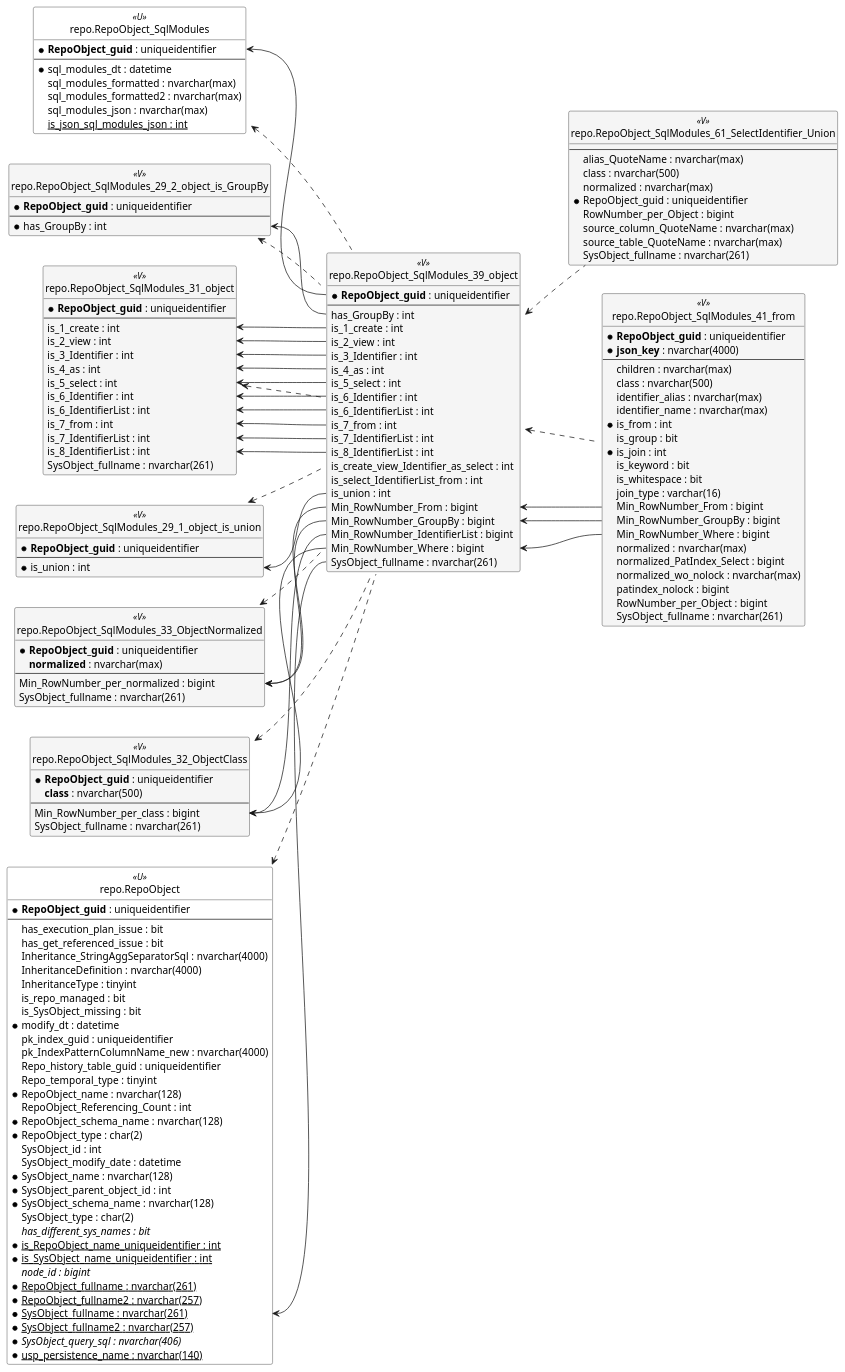
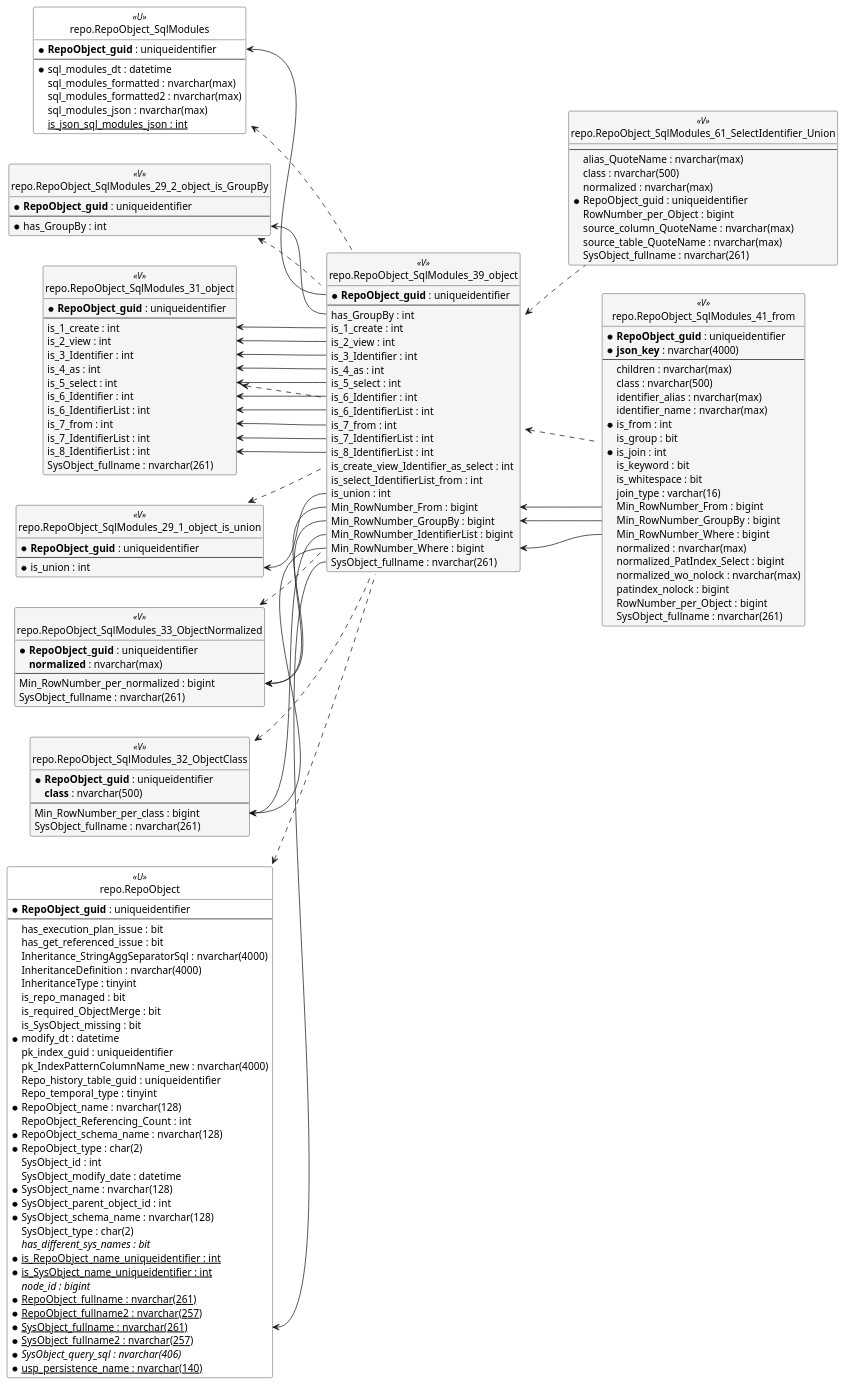
Before and after one commit to DataHandwerk/dhw-antora-docs: the diagram in docs/modules/sqldb/partials/puml/entity_1_1_colref/repo.RepoObject_SqlModules_39_object.puml, drawn with PlantUML. The commit also changed 2449 other files, not shown here.

```diff
--- a/docs/modules/sqldb/partials/puml/entity_1_1_colref/repo.RepoObject_SqlModules_39_object.puml
+++ b/docs/modules/sqldb/partials/puml/entity_1_1_colref/repo.RepoObject_SqlModules_39_object.puml
@@ -32,6 +32,7 @@
   InheritanceDefinition : nvarchar(4000)
   InheritanceType : tinyint
   is_repo_managed : bit
+  is_required_ObjectMerge : bit
   is_SysObject_missing : bit
   * modify_dt : datetime
   pk_index_guid : uniqueidentifier
```
